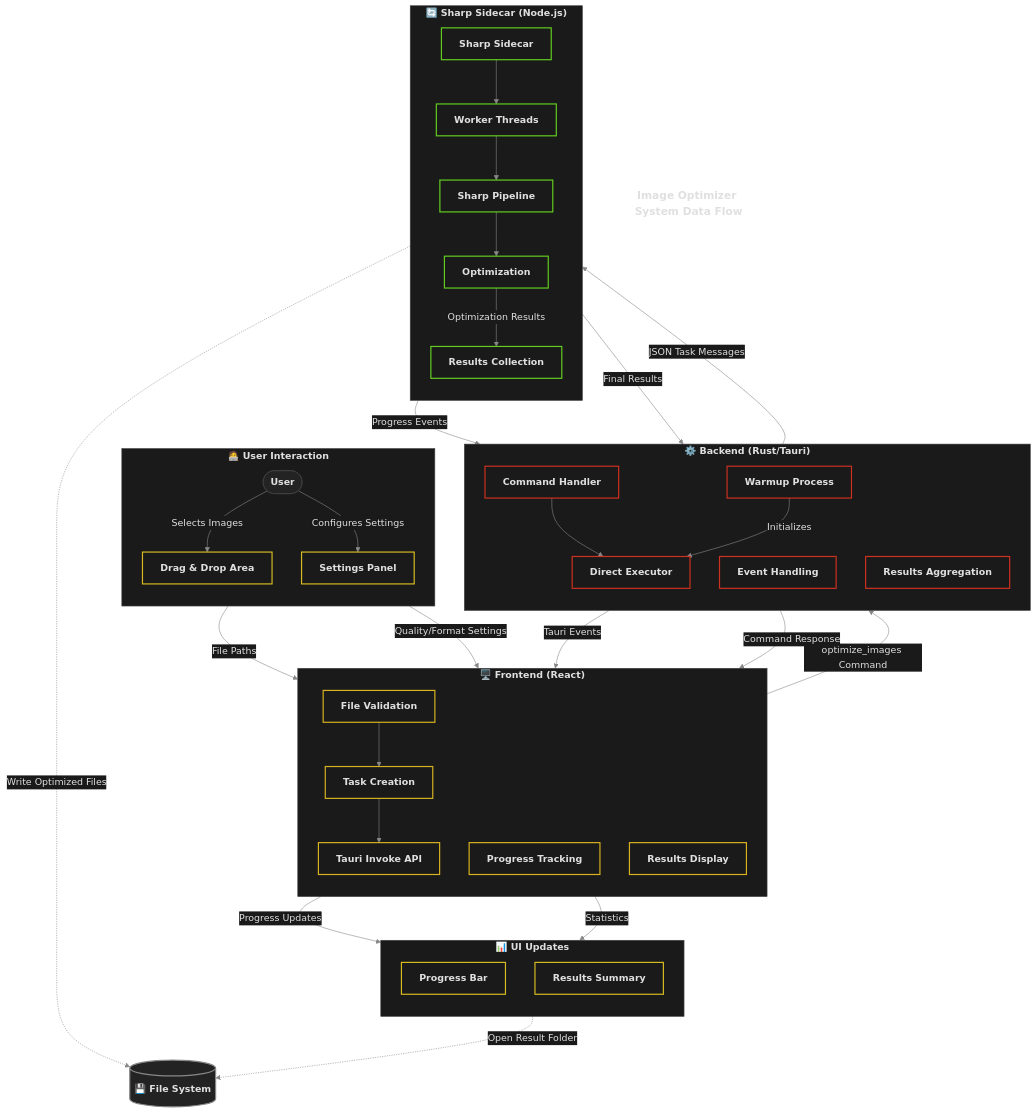
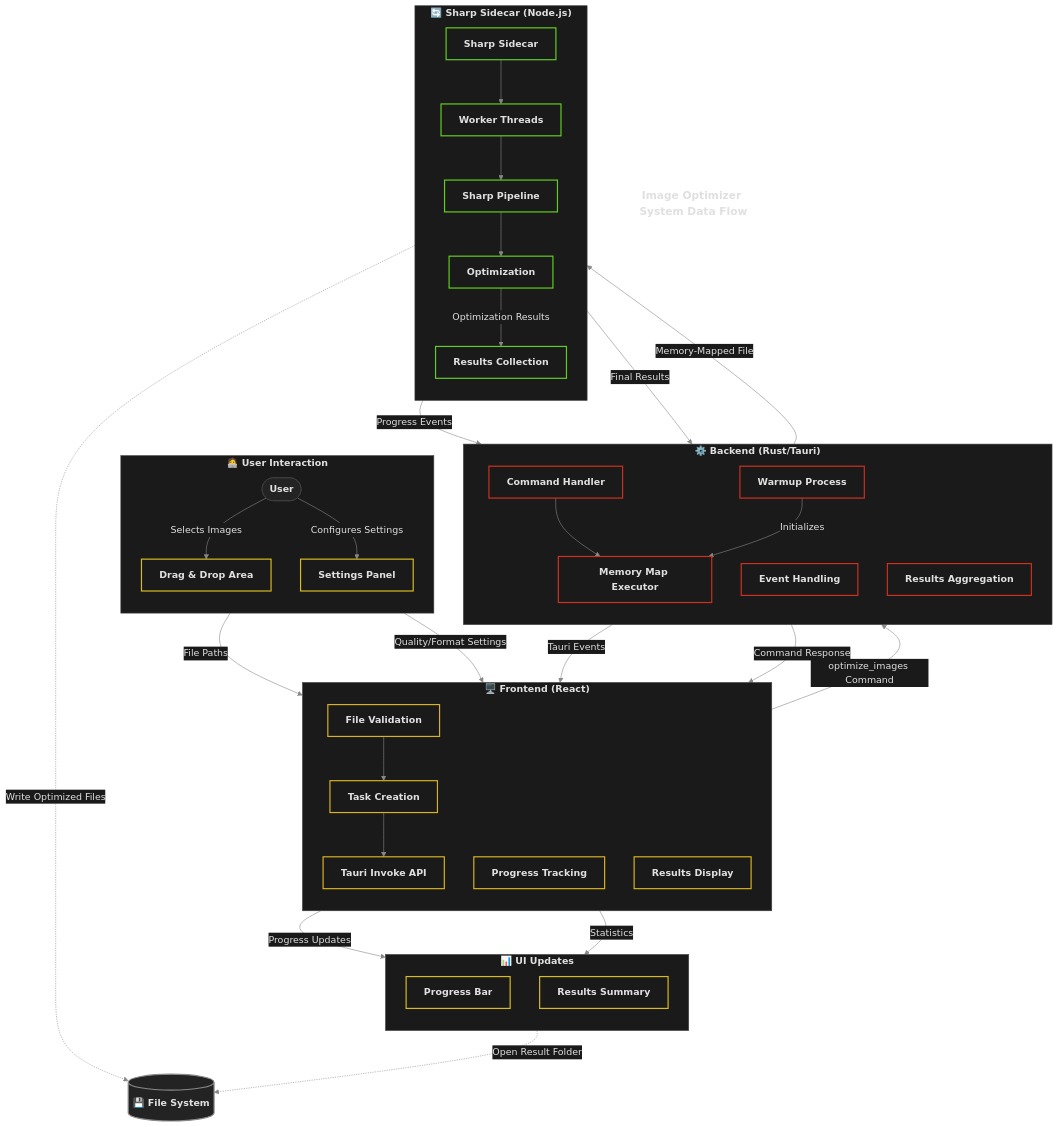
The diagram in DOCUMENTATION.md (MogensenJesse/image-optimizer), drawn with Mermaid before and after one commit. The commit also changed other lines of this file and 11 other files, not shown here.

```diff
--- a/DOCUMENTATION.md
+++ b/DOCUMENTATION.md
@@ -49,7 +49,7 @@
     
     subgraph Backend["⚙️ Backend (Rust/Tauri)"]
         direction TB
-        BE1[Command Handler] --> BE2[Direct Executor]
+        BE1[Command Handler] --> BE2[Memory Map Executor]
         BE3[Warmup Process]
         BE4[Event Handling]
         BE5[Results Aggregation]
@@ -75,7 +75,7 @@
     
     FE3 -->|optimize_images Command| BE1
     
-    BE2 -->|JSON Task Messages| SC1
+    BE2 -->|Memory-Mapped File| SC1
     BE3 -->|Initializes| BE2
     
     SC4 -->|Optimization Results| SC5
```
